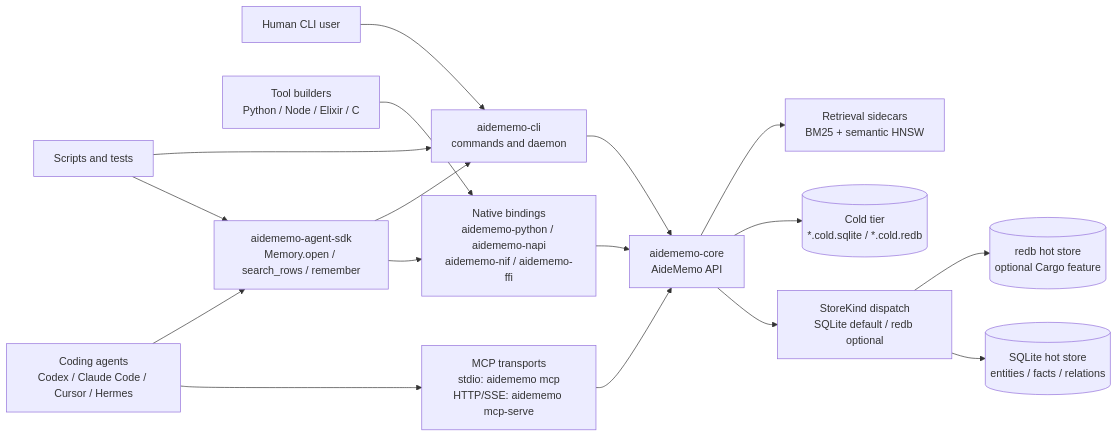
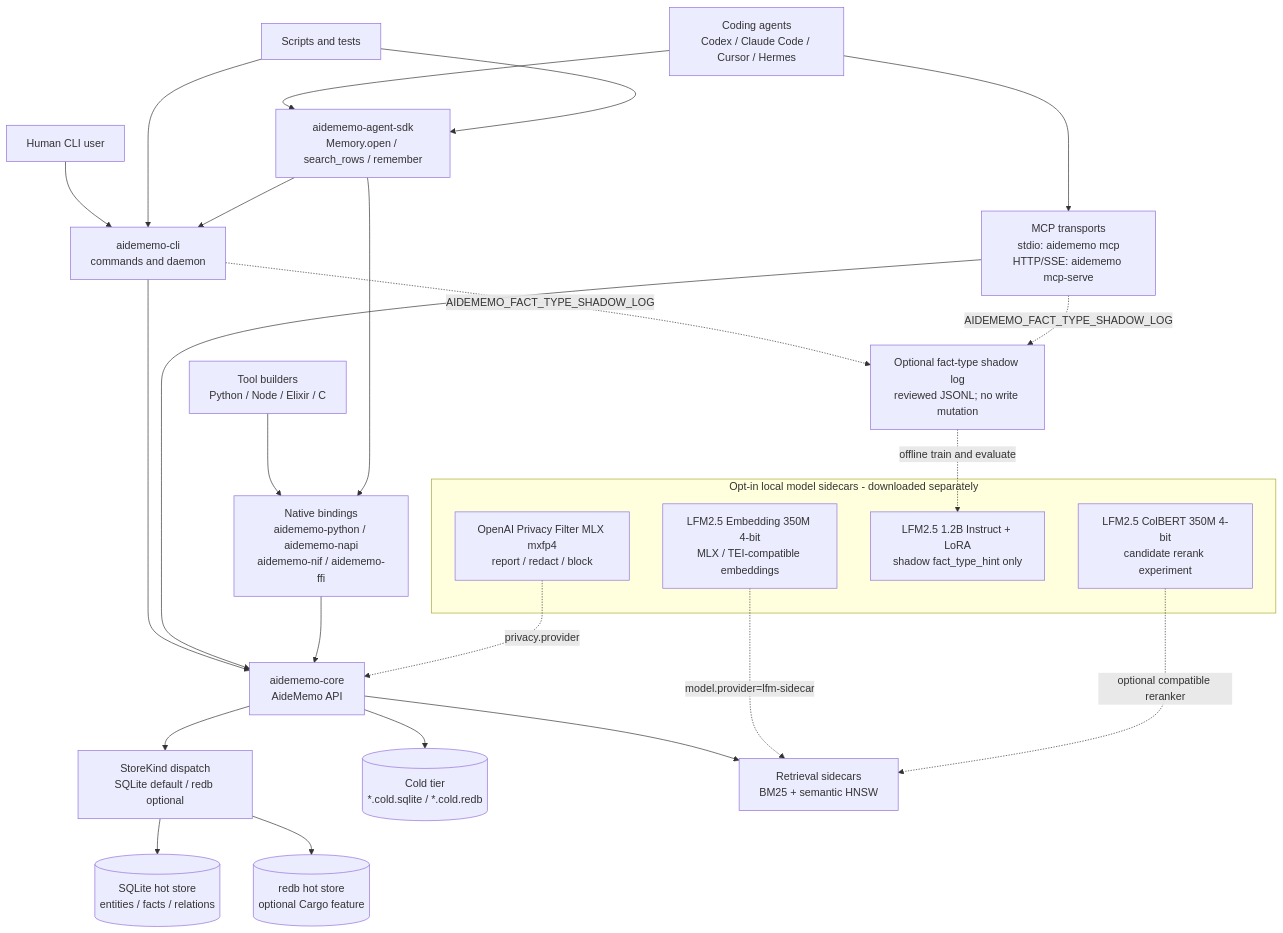
Before and after one commit to taeyun16/aidememo: the first of 4 diagrams in docs/ARCHITECTURE.md, drawn with Mermaid. The commit also changed other lines of this file and 6 other files, not shown here.

Commit message:
Document opt-in local SLM architecture

````diff
--- a/docs/ARCHITECTURE.md
+++ b/docs/ARCHITECTURE.md
@@ -15,36 +15,50 @@
 ```mermaid
-flowchart LR
+flowchart TB
   codex["Coding agents<br/>Codex / Claude Code / Cursor / Hermes"]
   human["Human CLI user"]
   scripts["Scripts and tests"]
   plugins["Tool builders<br/>Python / Node / Elixir / C"]
 
   cli["aidememo-cli<br/>commands and daemon"]
   mcp["MCP transports<br/>stdio: aidememo mcp<br/>HTTP/SSE: aidememo mcp-serve"]
   sdk["aidememo-agent-sdk<br/>Memory.open / search_rows / remember"]
   bindings["Native bindings<br/>aidememo-python / aidememo-napi<br/>aidememo-nif / aidememo-ffi"]
 
   core["aidememo-core<br/>AideMemo API"]
   backend["StoreKind dispatch<br/>SQLite default / redb optional"]
   sqlite[("SQLite hot store<br/>entities / facts / relations")]
   redb[("redb hot store<br/>optional Cargo feature")]
   cold[("Cold tier<br/>*.cold.sqlite / *.cold.redb")]
   indexes["Retrieval sidecars<br/>BM25 + semantic HNSW"]
+  shadow["Optional fact-type shadow log<br/>reviewed JSONL; no write mutation"]
+
+  subgraph optional_models["Opt-in local model sidecars - downloaded separately"]
+    lfm_embed["LFM2.5 Embedding 350M 4-bit<br/>MLX / TEI-compatible embeddings"]
+    lfm_rerank["LFM2.5 ColBERT 350M 4-bit<br/>candidate rerank experiment"]
+    lfm_type["LFM2.5 1.2B Instruct + LoRA<br/>shadow fact_type_hint only"]
+    privacy_model["OpenAI Privacy Filter MLX mxfp4<br/>report / redact / block"]
+  end
 
   human --> cli
   codex --> mcp
   codex --> sdk
   scripts --> sdk
   scripts --> cli
   plugins --> bindings
   cli --> core
   mcp --> core
   sdk --> bindings
   sdk --> cli
   bindings --> core
   core --> backend
   backend --> sqlite
   backend --> redb
   core --> cold
   core --> indexes
+  cli -. "AIDEMEMO_FACT_TYPE_SHADOW_LOG" .-> shadow
+  mcp -. "AIDEMEMO_FACT_TYPE_SHADOW_LOG" .-> shadow
+  lfm_embed -. "model.provider=lfm-sidecar" .-> indexes
+  lfm_rerank -. "optional compatible reranker" .-> indexes
+  shadow -. "offline train and evaluate" .-> lfm_type
+  privacy_model -. "privacy.provider" .-> core
 ```
````
